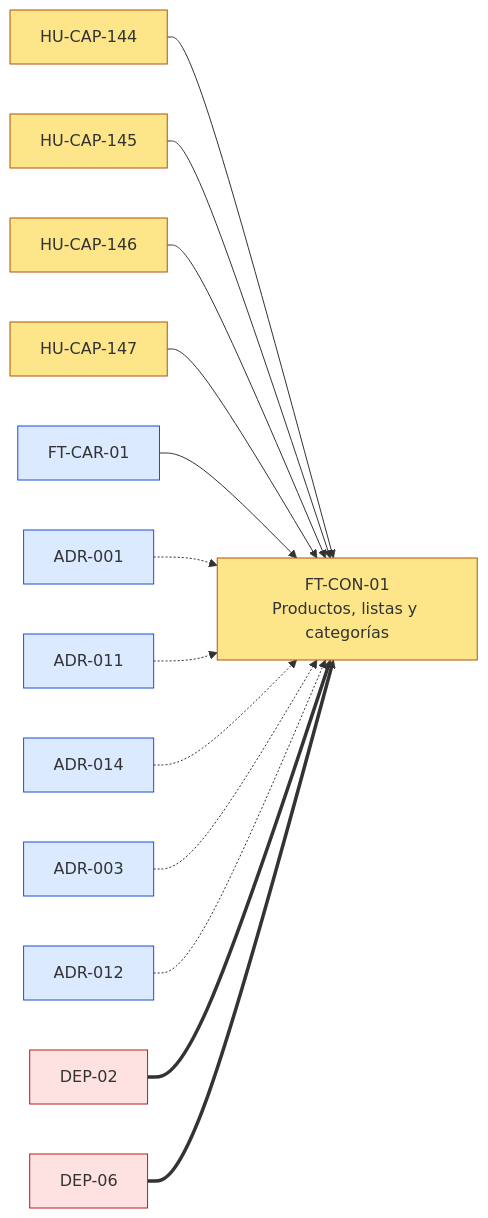
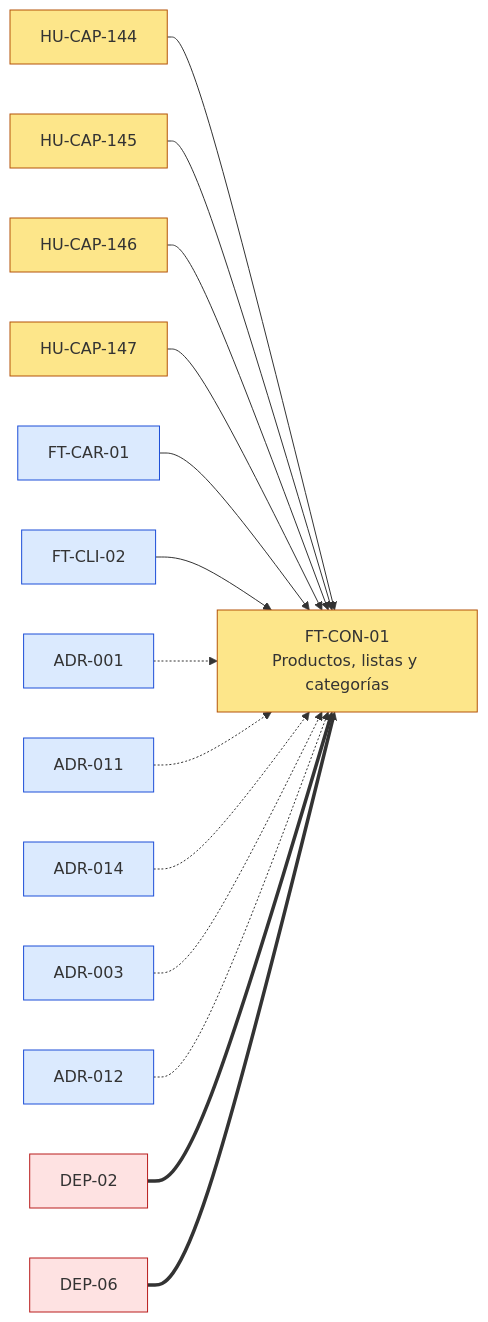
The first of 5 diagrams in docs/dor/DOR-FT-CON-01-productos-listas-y-categorias.md (JoseEM26/caprichos), drawn with Mermaid before and after one commit. The commit also changed other lines of this file and 208 other files, not shown here.

````diff
--- a/docs/dor/DOR-FT-CON-01-productos-listas-y-categorias.md
+++ b/docs/dor/DOR-FT-CON-01-productos-listas-y-categorias.md
@@ -51,19 +51,20 @@
 ```mermaid
 flowchart LR
   classDef evaluado fill:#fde68a,stroke:#b45309
   classDef interna fill:#dbeafe,stroke:#1d4ed8
   classDef externa fill:#fee2e2,stroke:#b91c1c
   FT_CON_01["FT-CON-01<br>Productos, listas y categorías"]:::evaluado
   HU_CAP_144["HU-CAP-144"]:::evaluado --> FT_CON_01
   HU_CAP_145["HU-CAP-145"]:::evaluado --> FT_CON_01
   HU_CAP_146["HU-CAP-146"]:::evaluado --> FT_CON_01
   HU_CAP_147["HU-CAP-147"]:::evaluado --> FT_CON_01
   FT_CAR_01["FT-CAR-01"]:::interna --> FT_CON_01
+  FT_CLI_02["FT-CLI-02"]:::interna --> FT_CON_01
   ADR_001["ADR-001"]:::interna -.-> FT_CON_01
   ADR_011["ADR-011"]:::interna -.-> FT_CON_01
   ADR_014["ADR-014"]:::interna -.-> FT_CON_01
   ADR_003["ADR-003"]:::interna -.-> FT_CON_01
   ADR_012["ADR-012"]:::interna -.-> FT_CON_01
   DEP_02["DEP-02"]:::externa ==> FT_CON_01
   DEP_06["DEP-06"]:::externa ==> FT_CON_01
 ```
````
